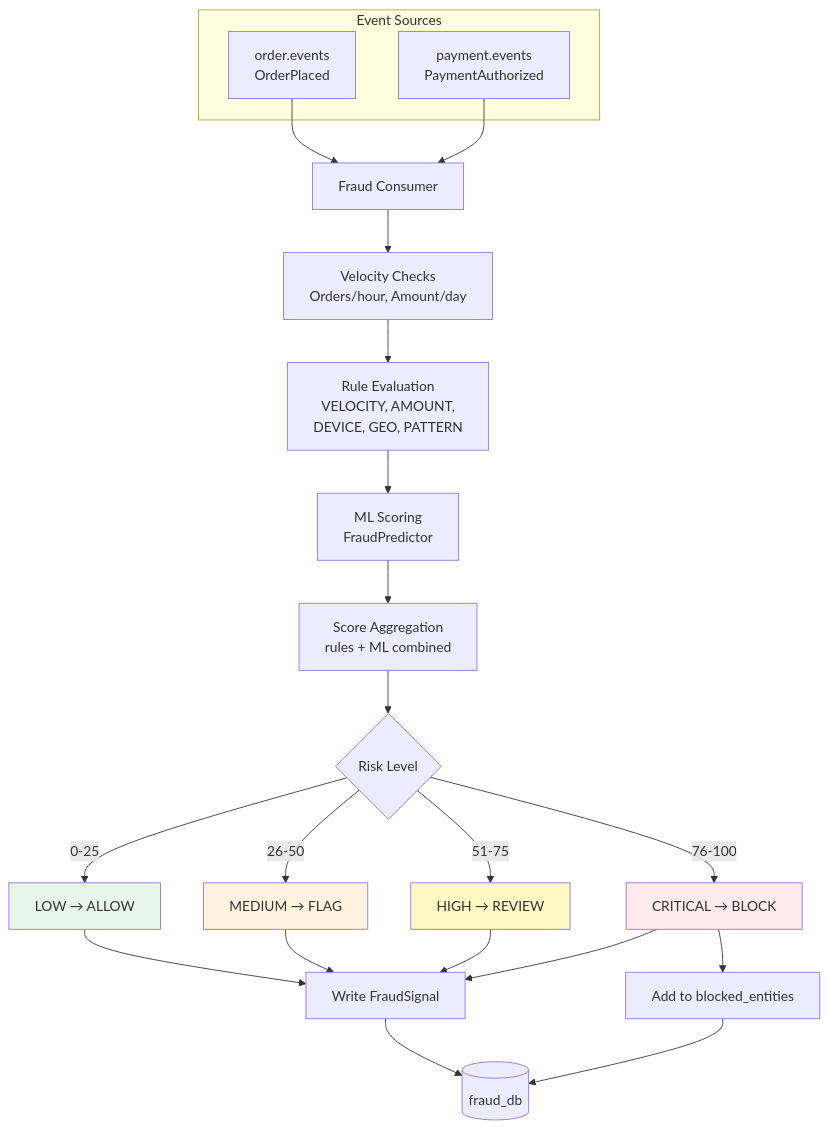
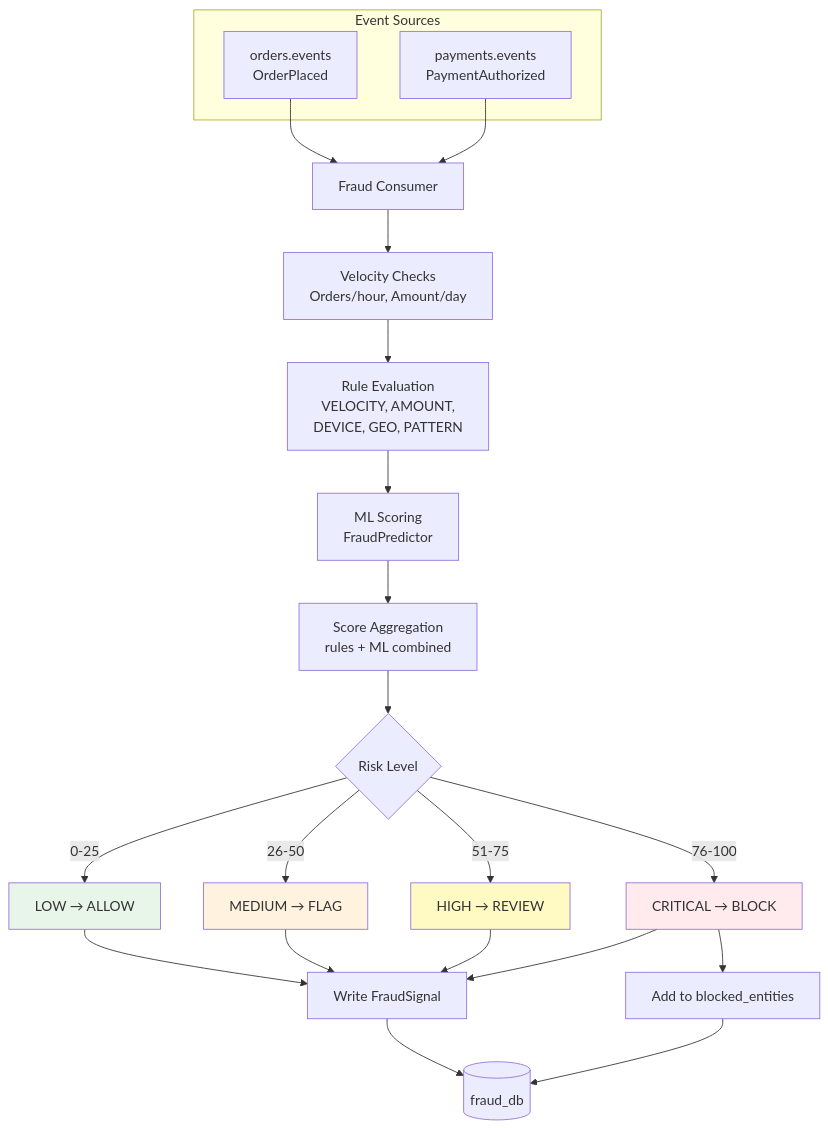
One commit to sunitakeazycommerz-a11y/InstaCommerce changed diagram 24 of 25 in docs/architecture/LLD.md. Above: the diagram before and after it, drawn with Mermaid. The commit also changed other lines of this file and 124 other files, not shown here.

Commit message:
docs: synchronize root, architecture, ADR, service, and archive docs with codebase truth

````diff
--- a/docs/architecture/LLD.md
+++ b/docs/architecture/LLD.md
@@ -1197,34 +1197,34 @@
 ```mermaid
 flowchart TD
     subgraph Event Sources
-        OE[order.events<br/>OrderPlaced]
-        PE[payment.events<br/>PaymentAuthorized]
+        OE[orders.events<br/>OrderPlaced]
+        PE[payments.events<br/>PaymentAuthorized]
     end
 
     OE --> FC[Fraud Consumer]
     PE --> FC
 
     FC --> VC[Velocity Checks<br/>Orders/hour, Amount/day]
     VC --> RE[Rule Evaluation<br/>VELOCITY, AMOUNT,<br/>DEVICE, GEO, PATTERN]
     RE --> ML[ML Scoring<br/>FraudPredictor]
     ML --> SC[Score Aggregation<br/>rules + ML combined]
     SC --> RL{Risk Level}
 
     RL -->|0-25| LOW[LOW → ALLOW]
     RL -->|26-50| MED[MEDIUM → FLAG]
     RL -->|51-75| HIGH[HIGH → REVIEW]
     RL -->|76-100| CRIT[CRITICAL → BLOCK]
 
     LOW --> FS[Write FraudSignal]
     MED --> FS
     HIGH --> FS
     CRIT --> FS
     CRIT --> BL[Add to blocked_entities]
     FS --> DB[(fraud_db)]
     BL --> DB
 
     style LOW fill:#e8f5e9
     style MED fill:#fff3e0
     style HIGH fill:#fff9c4
     style CRIT fill:#ffebee
 ```
````
